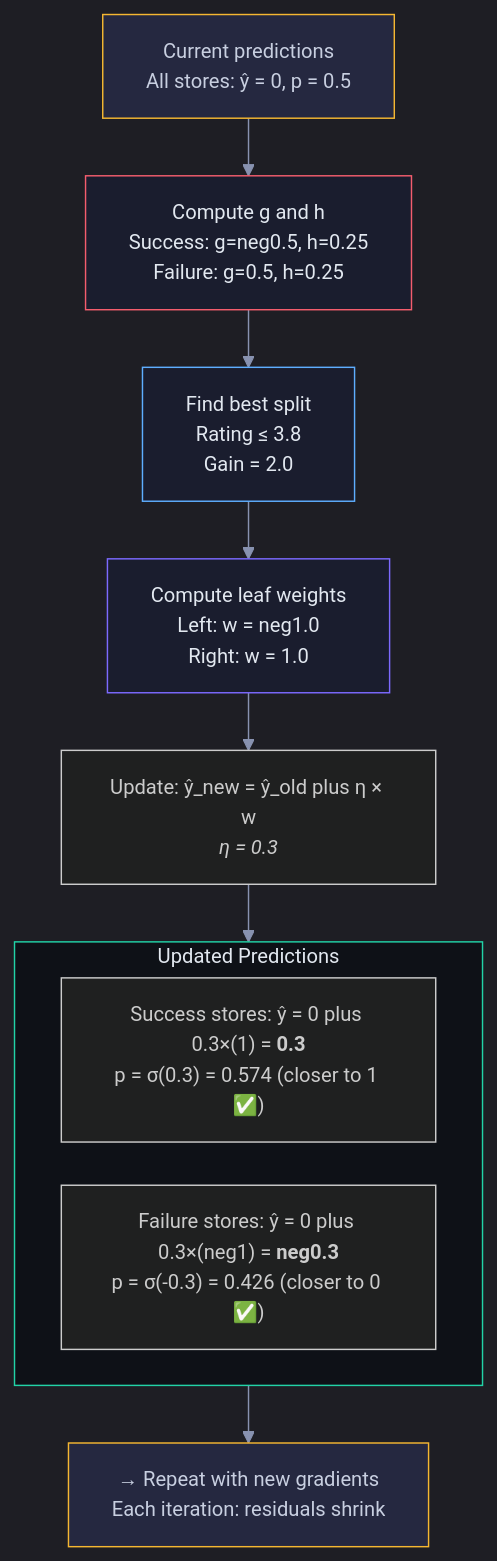
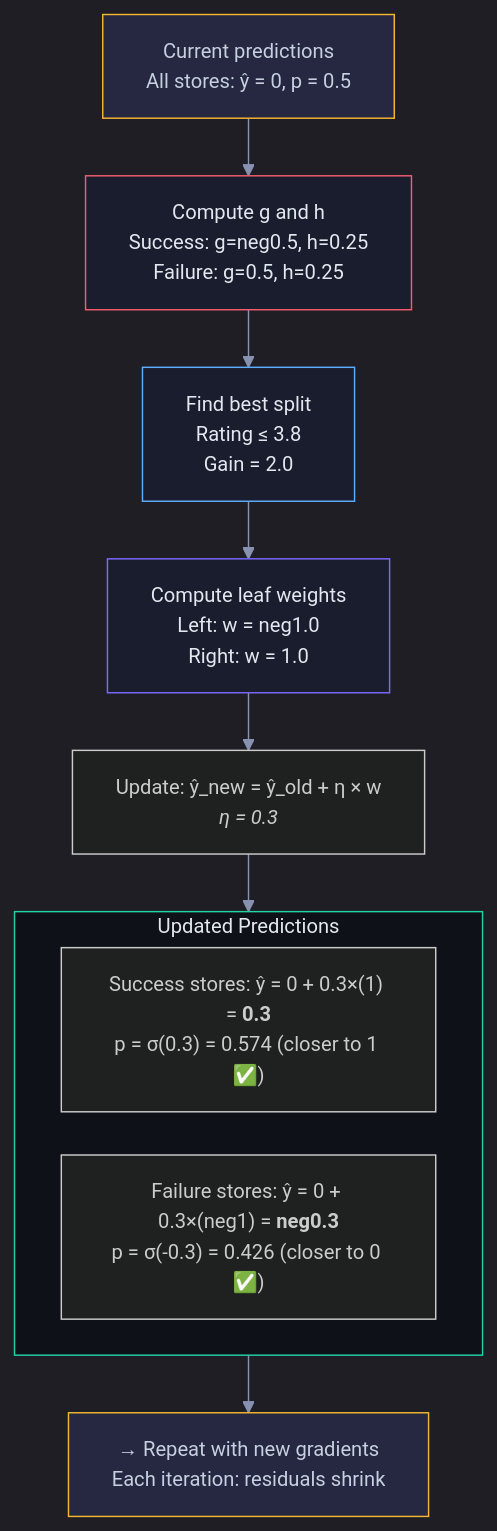
Before and after one commit to snehith1234/StudyCircle: the seventh of 11 diagrams in Documents/Visual_Guides/ML_Concepts/XGBoost_Visual.md, drawn with Mermaid. The commit also changed other lines of this file and 10 other files, not shown here.

First line of the commit message:
Fix Mermaid formatting and add RNN/LSTM guides

````diff
--- a/Documents/Visual_Guides/ML_Concepts/XGBoost_Visual.md
+++ b/Documents/Visual_Guides/ML_Concepts/XGBoost_Visual.md
@@ -170,23 +170,23 @@
 ```mermaid
 %%{init: {'theme': 'dark', 'themeVariables': {'darkMode': true, 'background': '#0e1117', 'primaryColor': '#1a1d2e', 'primaryTextColor': '#e2e8f0', 'primaryBorderColor': '#2d3148', 'lineColor': '#8892b0', 'secondaryColor': '#252840', 'tertiaryColor': '#1a1d2e', 'fontSize': '14px', 'edgeLabelBackground': '#0e1117'}, 'flowchart': {'nodeSpacing': 30, 'rankSpacing': 40, 'padding': 15, 'htmlLabels': true}}}%%
 graph TD
     PRED0["Current predictions<br/>All stores: ŷ = 0, p = 0.5"] --> GRADS["Compute g and h<br/>Success: g=neg0.5, h=0.25<br/>Failure: g=0.5, h=0.25"]
     GRADS --> SPLIT["Find best split<br/>Rating ≤ 3.8<br/>Gain = 2.0"]
     SPLIT --> LEAVES["Compute leaf weights<br/>Left: w = neg1.0<br/>Right: w = 1.0"]
-    LEAVES --> UPDATE["Update: ŷ_new = ŷ_old plus η × w<br/><i>η = 0.3</i>"]
+    LEAVES --> UPDATE["Update: ŷ_new = ŷ_old + η × w<br/><i>η = 0.3</i>"]
 
     subgraph RESULT["Updated Predictions"]
-        R1["Success stores: ŷ = 0 plus 0.3×(1) = <b>0.3</b><br/>p = σ(0.3) = 0.574 (closer to 1 ✅)"]
-        R2["Failure stores: ŷ = 0 plus 0.3×(neg1) = <b>neg0.3</b><br/>p = σ(-0.3) = 0.426 (closer to 0 ✅)"]
+        R1["Success stores: ŷ = 0 + 0.3×(1) = <b>0.3</b><br/>p = σ(0.3) = 0.574 (closer to 1 ✅)"]
+        R2["Failure stores: ŷ = 0 + 0.3×(neg1) = <b>neg0.3</b><br/>p = σ(-0.3) = 0.426 (closer to 0 ✅)"]
     end
 
     UPDATE --> RESULT
     RESULT --> NEXT["→ Repeat with new gradients<br/>Each iteration: residuals shrink"]
 
     style PRED0 fill:#252840,stroke:#f5b731,color:#c8cfe0
     style GRADS fill:#1a1d2e,stroke:#f45d6d,color:#e2e8f0
     style SPLIT fill:#1a1d2e,stroke:#5eaeff,color:#e2e8f0
     style LEAVES fill:#1a1d2e,stroke:#7c6aff,color:#e2e8f0
     style RESULT fill:#0e1117,stroke:#22d3a7,color:#e2e8f0
     style NEXT fill:#252840,stroke:#f5b731,color:#c8cfe0
 ```
````
